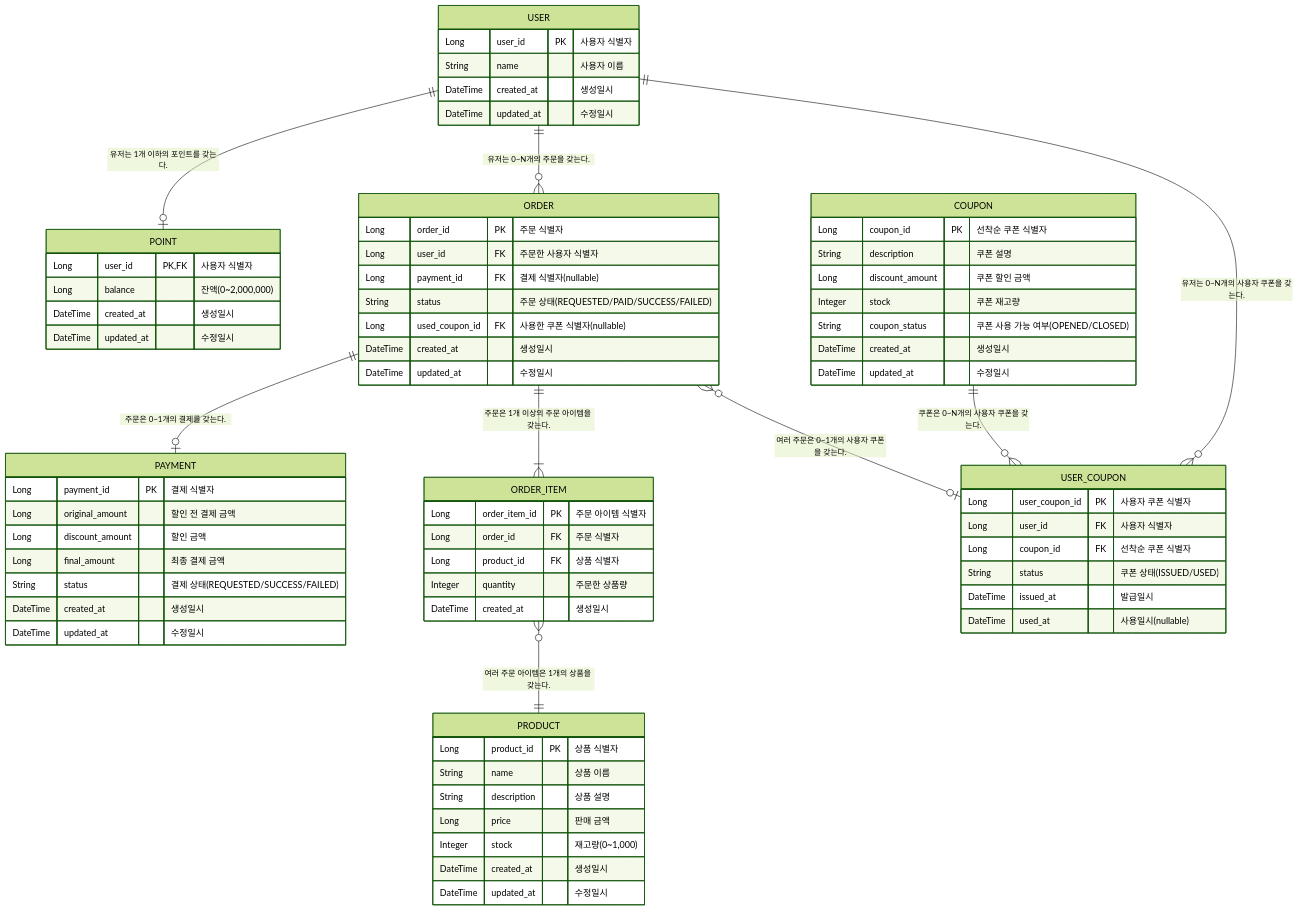
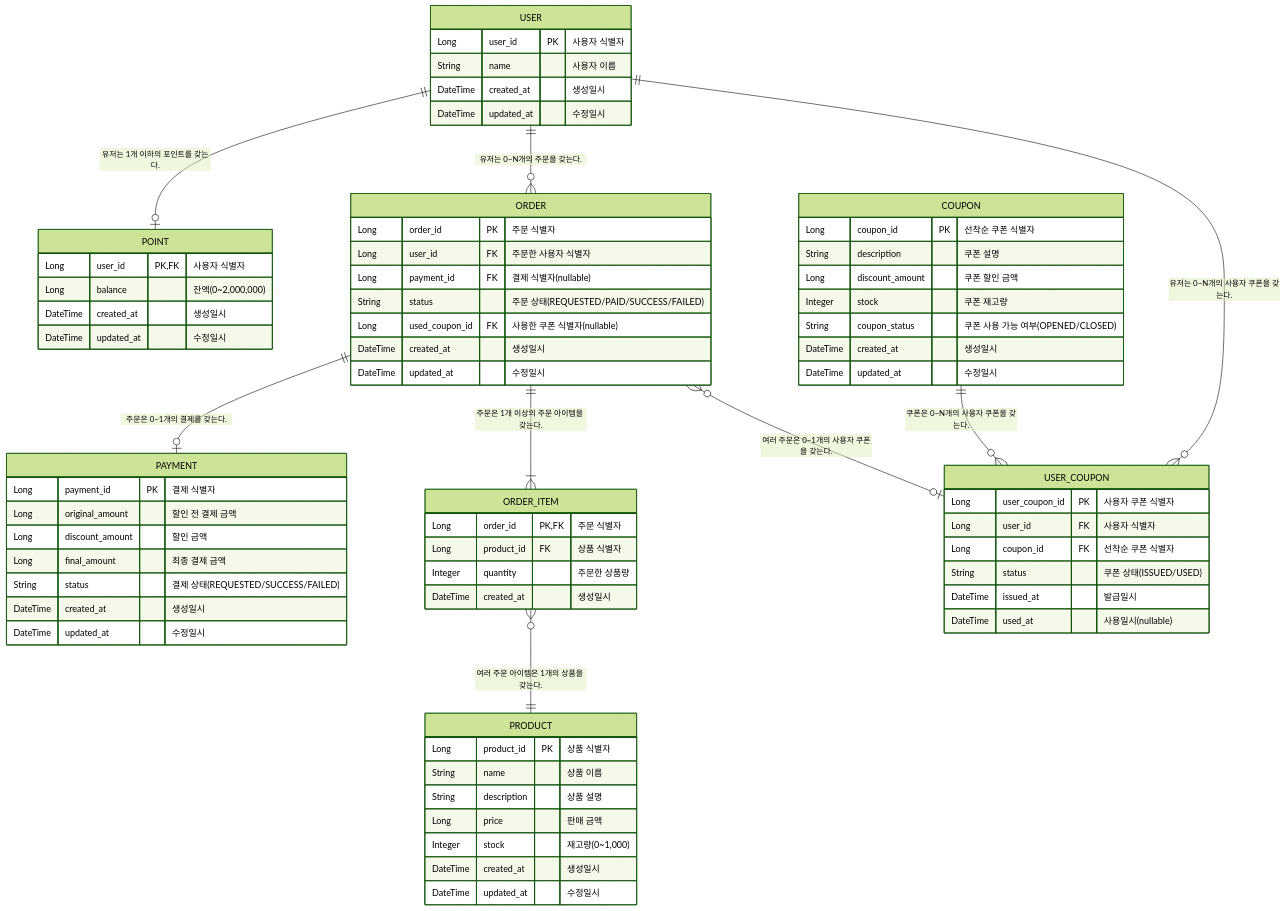
One commit to lostcatbox/e-commerce-order-service changed the diagram in docs/ERD.md. Above: the diagram before and after it, drawn with Mermaid (forest theme). The commit also changed 1 other file, not shown here.

Commit message:
[docs] 주문 아이템 VO로 선언(orderItemId 제거) 및 ClassDiagrams.md, ERD.md 수정 - 주문이 일어나야지만, 주문 아이템도 생성되며, 식별자가 필요없다고 생각해서 VO로 변경

```diff
--- a/docs/ERD.md
+++ b/docs/ERD.md
@@ -36,8 +36,7 @@
     }
 
     ORDER_ITEM {
-        Long order_item_id PK "주문 아이템 식별자"
-        Long order_id FK "주문 식별자"
+        Long order_id PK, FK "주문 식별자"
         Long product_id FK "상품 식별자"
         Integer quantity "주문한 상품량"
         DateTime created_at "생성일시"
```
